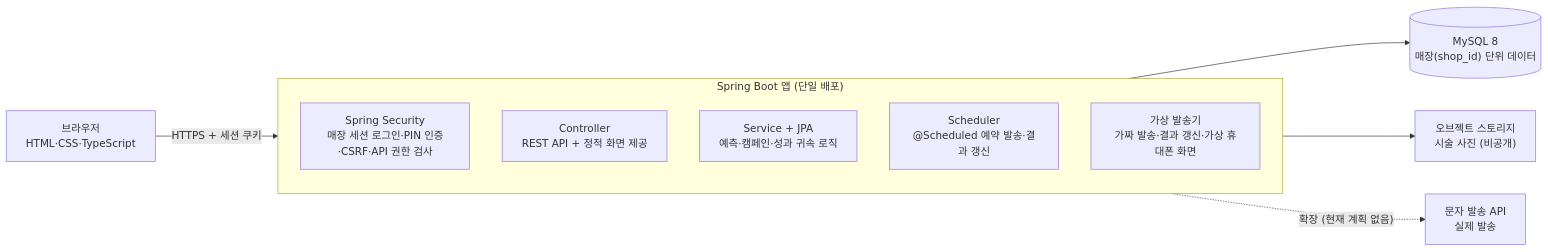
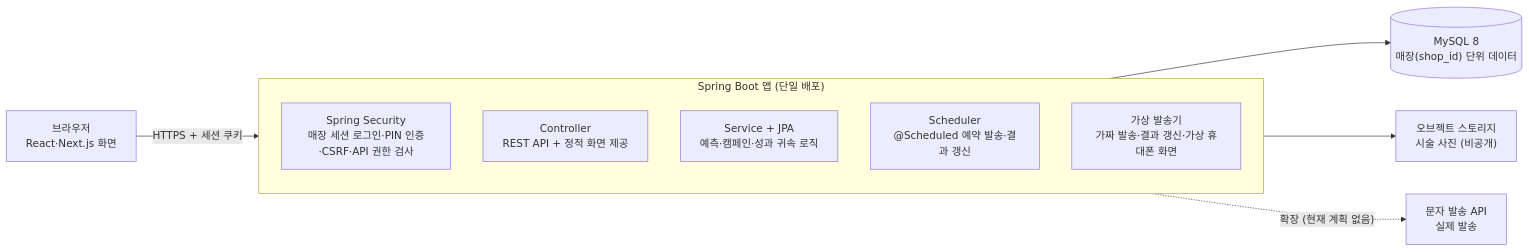
The second of 2 diagrams in 기획서.md (tuktak-lab/docs), drawn with Mermaid before and after one commit. The commit also changed other lines of this file and 2 other files, not shown here.

````diff
--- a/기획서.md
+++ b/기획서.md
@@ -232,15 +232,15 @@
 ```mermaid
 flowchart LR
-    B["브라우저<br/>HTML·CSS·TypeScript"] -- "HTTPS + 세션 쿠키" --> APP
+    B["브라우저<br/>React·Next.js 화면"] -- "HTTPS + 세션 쿠키" --> APP
     subgraph APP["Spring Boot 앱 (단일 배포)"]
         direction TB
         S["Spring Security<br/>매장 세션 로그인·PIN 인증·CSRF·API 권한 검사"]
         C["Controller<br/>REST API + 정적 화면 제공"]
         SV["Service + JPA<br/>예측·캠페인·성과 귀속 로직"]
         SC["Scheduler<br/>@Scheduled 예약 발송·결과 갱신"]
         V["가상 발송기<br/>가짜 발송·결과 갱신·가상 휴대폰 화면"]
     end
     APP --> DB[("MySQL 8<br/>매장(shop_id) 단위 데이터")]
     APP --> ST["오브젝트 스토리지<br/>시술 사진 (비공개)"]
     APP -. "확장 (현재 계획 없음)" .-> SMS["문자 발송 API<br/>실제 발송"]
 ```
````
